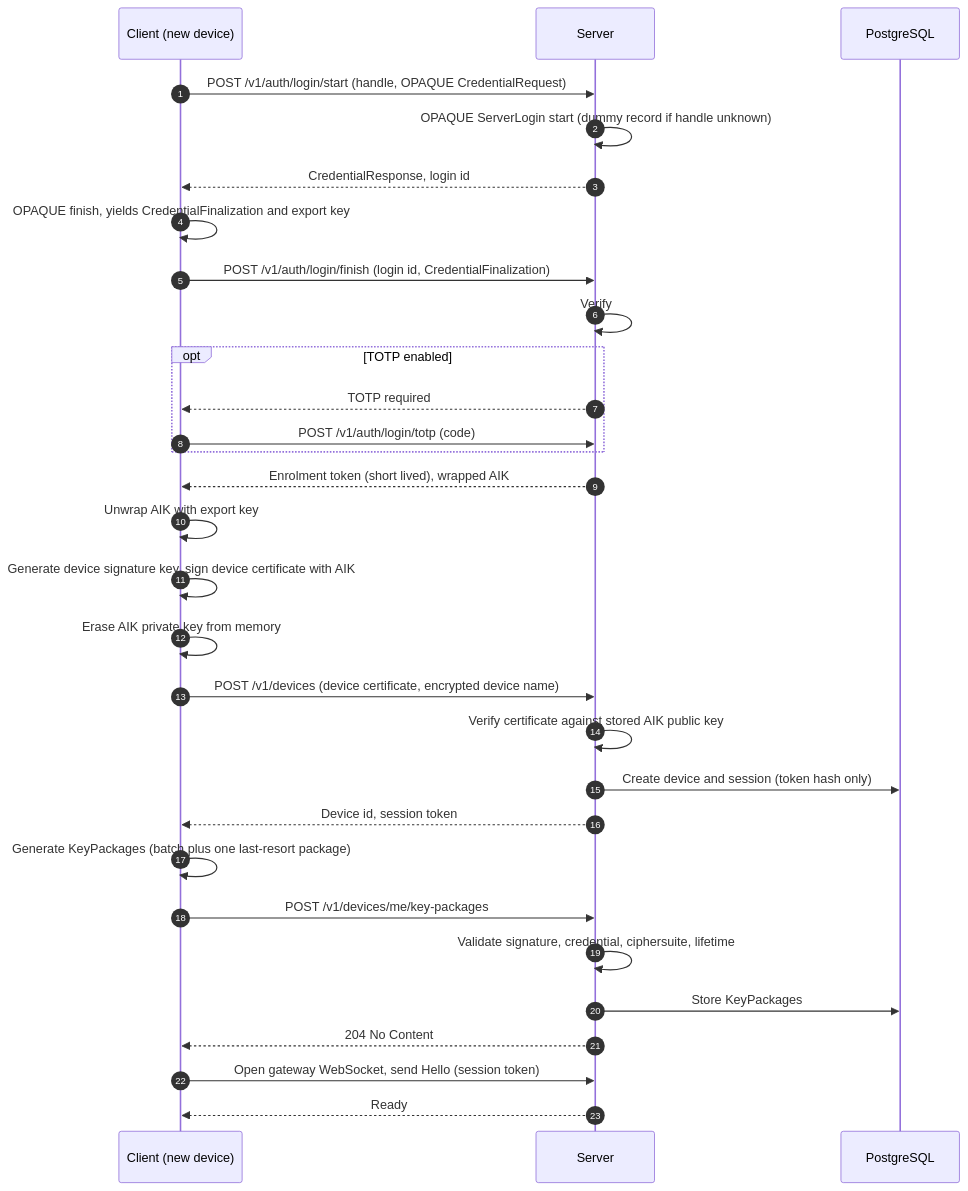
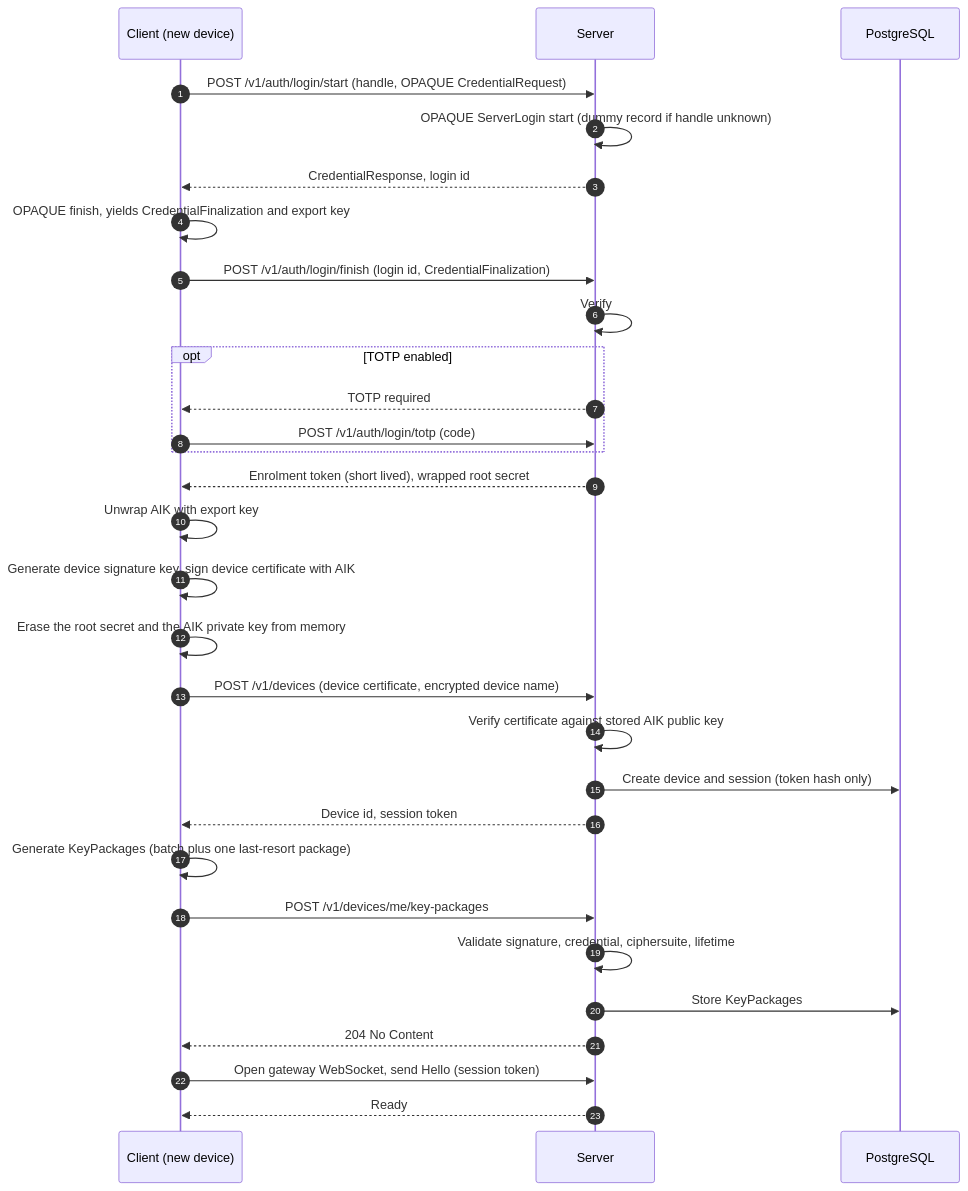
The third of 9 diagrams in docs/architecture.md (JulienVZ/tavern), drawn with Mermaid before and after one commit. The commit also changed other lines of this file and 27 other files, not shown here.

````diff
--- a/docs/architecture.md
+++ b/docs/architecture.md
@@ -120,33 +120,33 @@
 ```mermaid
 sequenceDiagram
   autonumber
   participant C as Client (new device)
   participant S as Server
   participant DB as PostgreSQL
 
   C->>S: POST /v1/auth/login/start (handle, OPAQUE CredentialRequest)
   S->>S: OPAQUE ServerLogin start (dummy record if handle unknown)
   S-->>C: CredentialResponse, login id
   C->>C: OPAQUE finish, yields CredentialFinalization and export key
   C->>S: POST /v1/auth/login/finish (login id, CredentialFinalization)
   S->>S: Verify
   opt TOTP enabled
     S-->>C: TOTP required
     C->>S: POST /v1/auth/login/totp (code)
   end
-  S-->>C: Enrolment token (short lived), wrapped AIK
+  S-->>C: Enrolment token (short lived), wrapped root secret
   C->>C: Unwrap AIK with export key
   C->>C: Generate device signature key, sign device certificate with AIK
-  C->>C: Erase AIK private key from memory
+  C->>C: Erase the root secret and the AIK private key from memory
   C->>S: POST /v1/devices (device certificate, encrypted device name)
   S->>S: Verify certificate against stored AIK public key
   S->>DB: Create device and session (token hash only)
   S-->>C: Device id, session token
   C->>C: Generate KeyPackages (batch plus one last-resort package)
   C->>S: POST /v1/devices/me/key-packages
   S->>S: Validate signature, credential, ciphersuite, lifetime
   S->>DB: Store KeyPackages
   S-->>C: 204 No Content
   C->>S: Open gateway WebSocket, send Hello (session token)
   S-->>C: Ready
 ```
````
